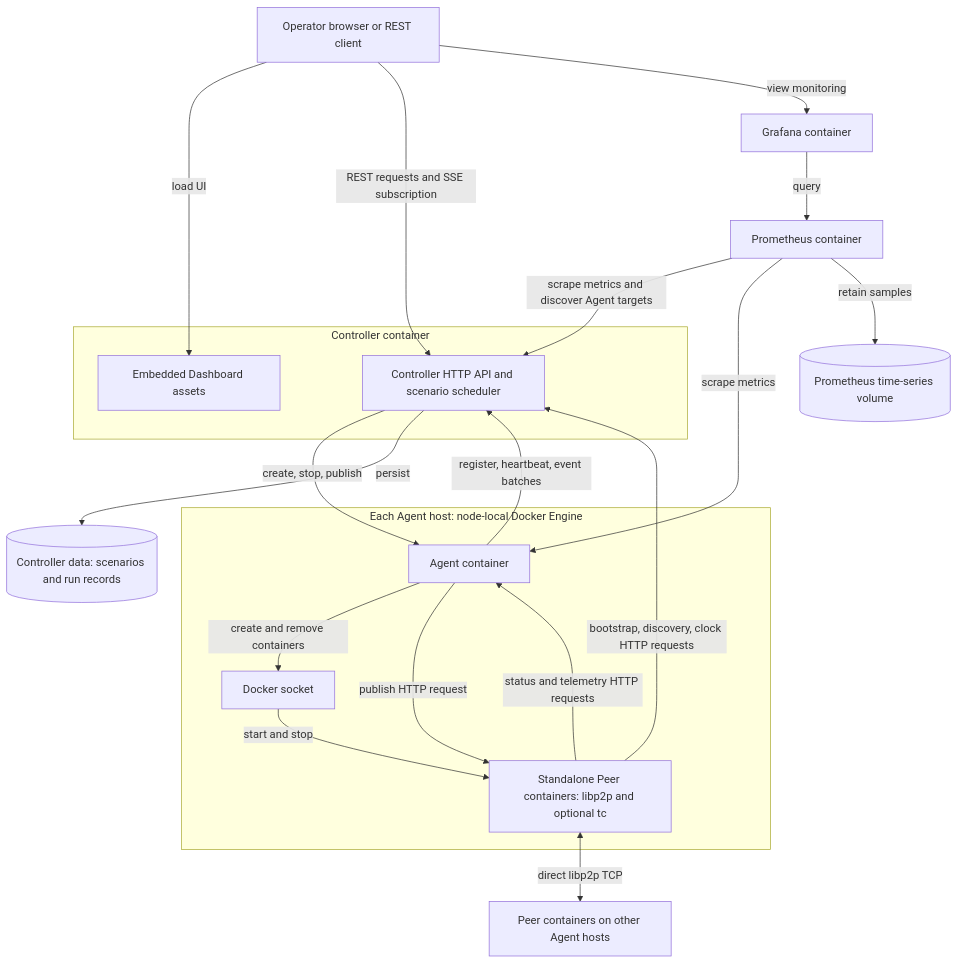
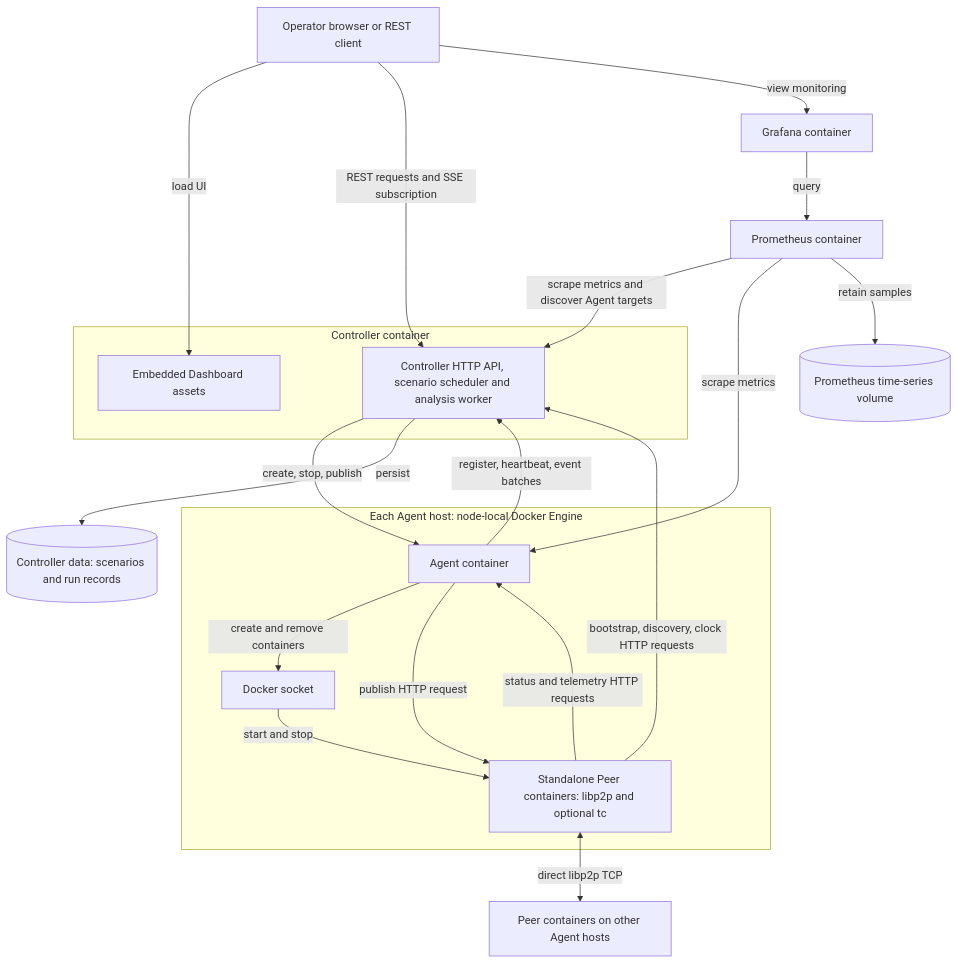
The diagram in docs/architecture.md (k-p2p-lab/v3), drawn with Mermaid before and after one commit. The commit also changed other lines of this file and 24 other files, not shown here.

````diff
--- a/docs/architecture.md
+++ b/docs/architecture.md
@@ -7,34 +7,34 @@
 ```mermaid
 flowchart TB
     operator["Operator browser or REST client"]
     subgraph controllerContainer["Controller container"]
         dashboard["Embedded Dashboard assets"]
-        controller["Controller HTTP API and scenario scheduler"]
+        controller["Controller HTTP API, scenario scheduler and analysis worker"]
     end
     subgraph agentHost["Each Agent host: node-local Docker Engine"]
         agent["Agent container"]
         docker["Docker socket"]
         peer["Standalone Peer containers: libp2p and optional tc"]
     end
     remote["Peer containers on other Agent hosts"]
     prometheus["Prometheus container"]
     grafana["Grafana container"]
     records[("Controller data: scenarios and run records")]
     series[("Prometheus time-series volume")]
     operator -->|"load UI"| dashboard
     operator -->|"REST requests and SSE subscription"| controller
     controller -->|"create, stop, publish"| agent
     agent -->|"register, heartbeat, event batches"| controller
     agent -->|"create and remove containers"| docker
     docker -->|"start and stop"| peer
     agent -->|"publish HTTP request"| peer
     peer -->|"status and telemetry HTTP requests"| agent
     peer -->|"bootstrap, discovery, clock HTTP requests"| controller
     peer <-->|"direct libp2p TCP"| remote
     controller -->|"persist"| records
     prometheus -->|"scrape metrics and discover Agent targets"| controller
     prometheus -->|"scrape metrics"| agent
     prometheus -->|"retain samples"| series
     grafana -->|"query"| prometheus
     operator -->|"view monitoring"| grafana
 ```
````
